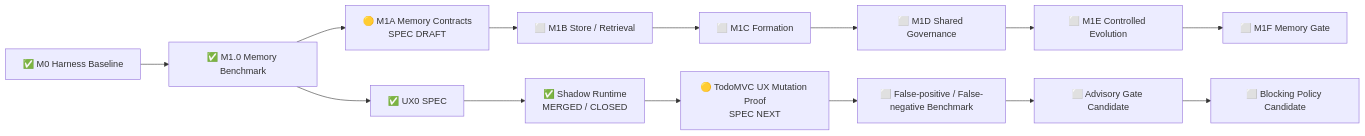
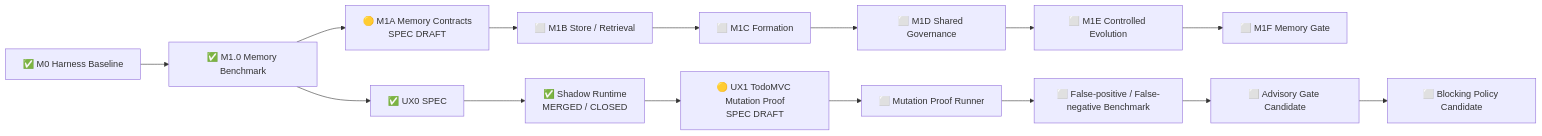
One commit to lsq1030757028/Pytest-playwright-e2e changed the diagram in docs/implementation-status.md. Above: the diagram before and after it, drawn with Mermaid. The commit also changed other lines of this file and 13 other files, not shown here.

First line of the commit message:
Define TodoMVC UX Mutation Proof SPEC (#35)

````diff
--- a/docs/implementation-status.md
+++ b/docs/implementation-status.md
@@ -42,18 +46,19 @@
 ```mermaid
 flowchart LR
     A[✅ M0 Harness Baseline]
     --> B[✅ M1.0 Memory Benchmark]
     --> C[🟡 M1A Memory Contracts<br/>SPEC DRAFT]
     --> D[⬜ M1B Store / Retrieval]
     --> E[⬜ M1C Formation]
     --> F[⬜ M1D Shared Governance]
     --> G[⬜ M1E Controlled Evolution]
     --> H[⬜ M1F Memory Gate]
 
     B --> U1[✅ UX0 SPEC]
     U1 --> U2[✅ Shadow Runtime<br/>MERGED / CLOSED]
-    U2 --> U3[🟡 TodoMVC UX Mutation Proof<br/>SPEC NEXT]
-    U3 --> U4[⬜ False-positive / False-negative Benchmark]
-    U4 --> U5[⬜ Advisory Gate Candidate]
-    U5 --> U6[⬜ Blocking Policy Candidate]
+    U2 --> U3[🟡 UX1 TodoMVC Mutation Proof<br/>SPEC DRAFT]
+    U3 --> U4[⬜ Mutation Proof Runner]
+    U4 --> U5[⬜ False-positive / False-negative Benchmark]
+    U5 --> U6[⬜ Advisory Gate Candidate]
+    U6 --> U7[⬜ Blocking Policy Candidate]
 ```
````
